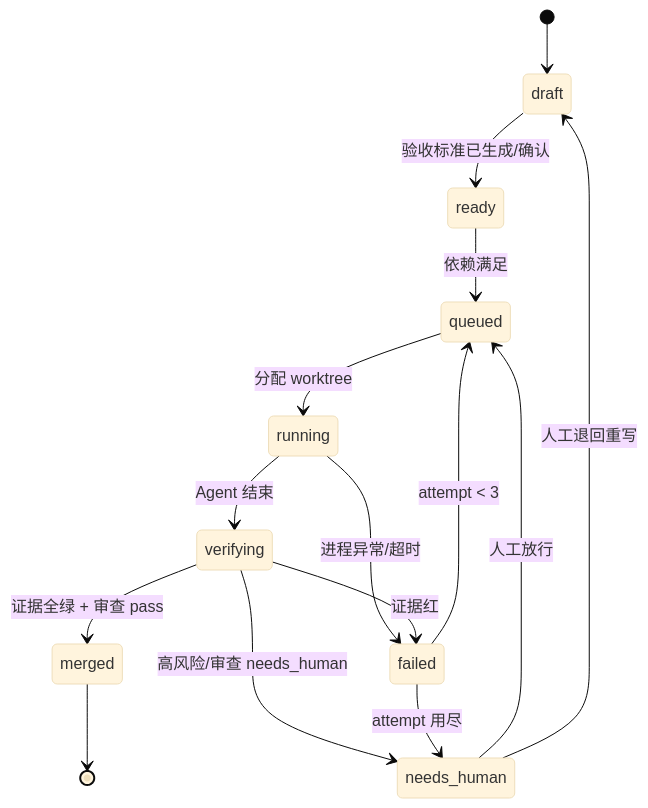
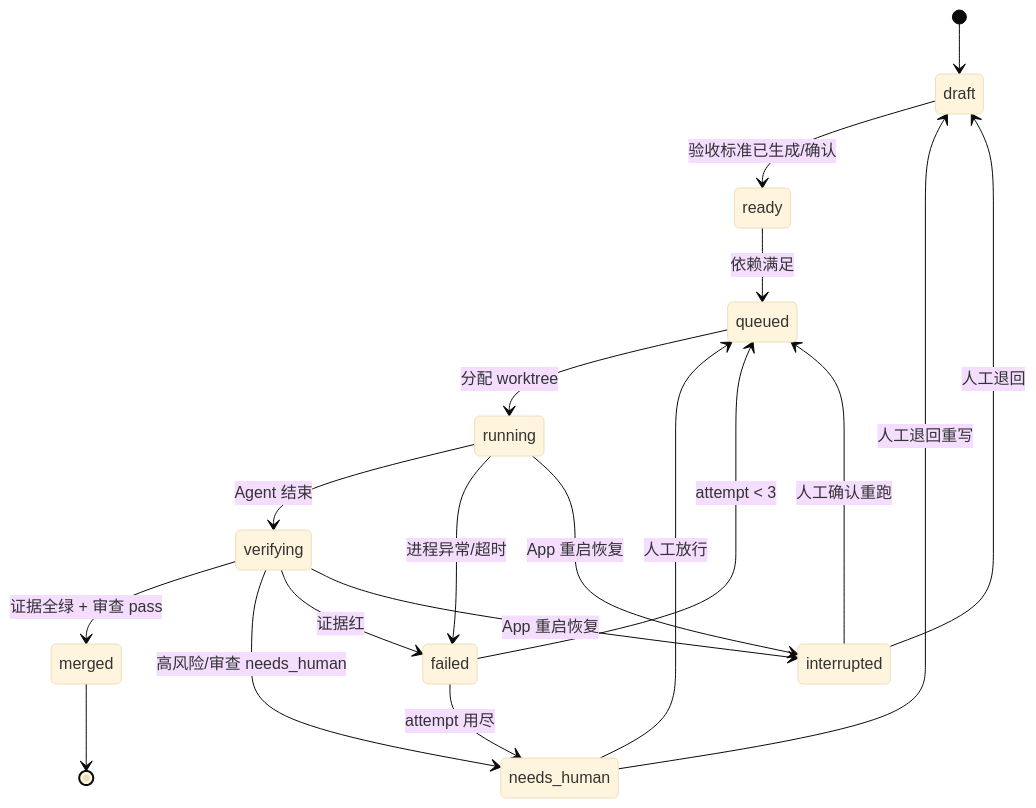
Before and after one commit to Lhy723/temli: the diagram in docs/data-model.md, drawn with Mermaid (base theme). The commit also changed other lines of this file and 2 other files, not shown here.

Commit message:
docs: single source for deps, criterion ids, interrupted state, .temli ignore (#9)

````diff
--- a/docs/data-model.md
+++ b/docs/data-model.md
@@ -64,17 +88,21 @@
 ```mermaid
 stateDiagram-v2
   [*] --> draft
   draft --> ready: 验收标准已生成/确认
   ready --> queued: 依赖满足
   queued --> running: 分配 worktree
   running --> verifying: Agent 结束
   running --> failed: 进程异常/超时
   verifying --> merged: 证据全绿 + 审查 pass
   verifying --> needs_human: 高风险/审查 needs_human
   verifying --> failed: 证据红
   failed --> queued: attempt < 3
   failed --> needs_human: attempt 用尽
+  running --> interrupted: App 重启恢复
+  verifying --> interrupted: App 重启恢复
+  interrupted --> queued: 人工确认重跑
+  interrupted --> draft: 人工退回
   needs_human --> queued: 人工放行
   needs_human --> draft: 人工退回重写
   merged --> [*]
 ```
````
